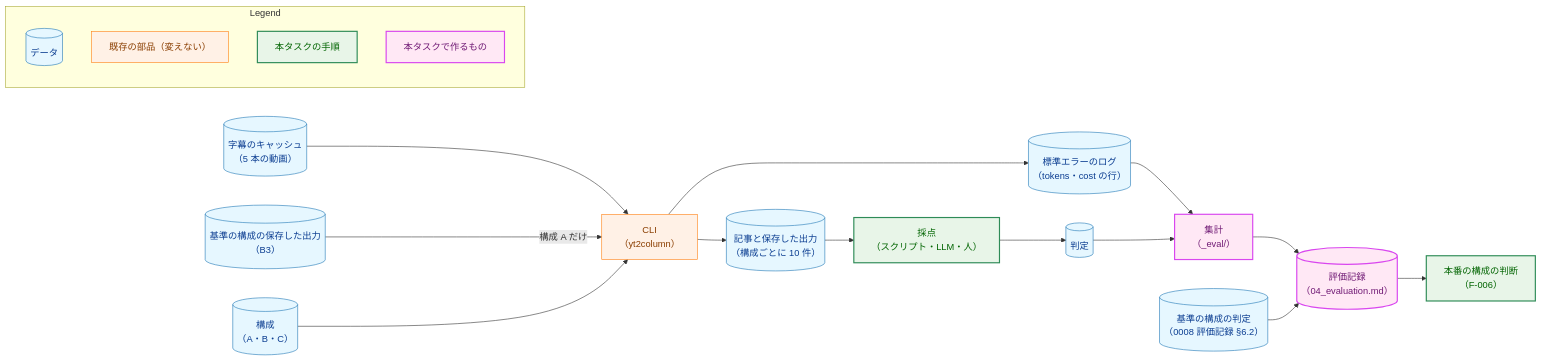
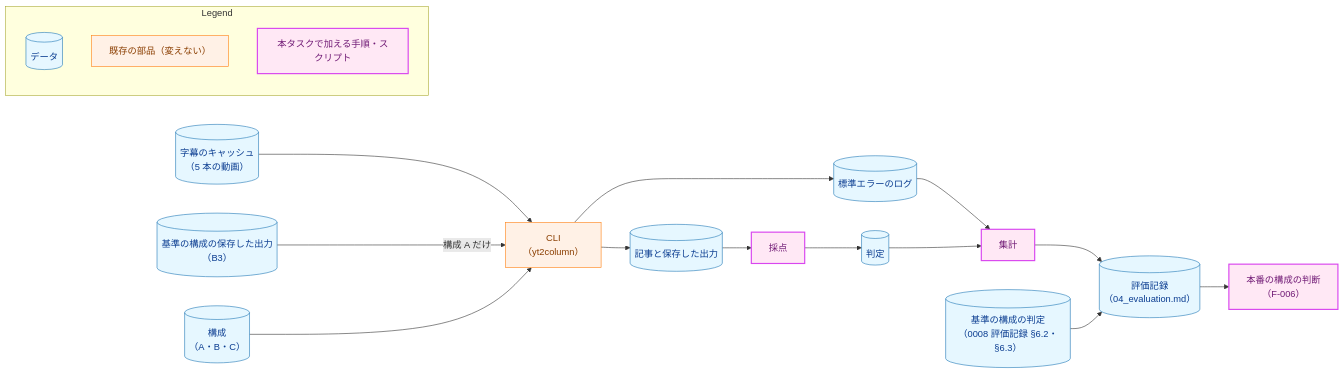
The first of 6 diagrams in docs/tasks/0087_openai_combination_eval/02_architecture.md (isseis/yt2column), drawn with Mermaid before and after one commit. The commit also changed other lines of this file, not shown here.

First line of the commit message:
docs(0087): address the architecture review and the prose pass

````diff
--- a/docs/tasks/0087_openai_combination_eval/02_architecture.md
+++ b/docs/tasks/0087_openai_combination_eval/02_architecture.md
@@ -43,49 +48,45 @@
 ```mermaid
 flowchart LR
     classDef data fill:#e6f7ff,stroke:#1f77b4,stroke-width:1px,color:#0b3d91;
     classDef process fill:#fff1e6,stroke:#ff7f0e,stroke-width:1px,color:#8a3e00;
-    classDef enhanced fill:#e8f5e8,stroke:#2e8b57,stroke-width:2px,color:#006400;
     classDef newpkg fill:#ffe8f5,stroke:#d946ef,stroke-width:2px,color:#701a75;
 
     CACHE[("字幕のキャッシュ<br>（5 本の動画）")]
     B3[("基準の構成の保存した出力<br>（B3）")]
-    B3J[("基準の構成の判定<br>（0008 評価記録 §6.2）")]
+    B3J[("基準の構成の判定<br>（0008 評価記録 §6.2・§6.3）")]
     CFG[("構成<br>（A・B・C）")]
     CLI["CLI<br>（yt2column）"]
-    ART[("記事と保存した出力<br>（構成ごとに 10 件）")]
-    LOG[("標準エラーのログ<br>（tokens・cost の行）")]
-    SCORE["採点<br>（スクリプト・LLM・人）"]
+    ART[("記事と保存した出力")]
+    LOG[("標準エラーのログ")]
+    SCORE["採点"]
     JUDGE[("判定")]
-    AGG["集計<br>（_eval/）"]
+    AGG["集計"]
     REC[("評価記録<br>（04_evaluation.md）")]
     DEC["本番の構成の判断<br>（F-006）"]
 
     CACHE --> CLI
     B3 -->|"構成 A だけ"| CLI
     CFG --> CLI
     CLI --> ART
     CLI --> LOG
     ART --> SCORE
     SCORE --> JUDGE
     LOG --> AGG
     JUDGE --> AGG
     AGG --> REC
     B3J --> REC
     REC --> DEC
 
-    class CACHE,B3,B3J,CFG,ART,LOG,JUDGE data
+    class CACHE,B3,B3J,CFG,ART,LOG,JUDGE,REC data
     class CLI process
-    class SCORE,DEC enhanced
-    class AGG,REC newpkg
+    class SCORE,AGG,DEC newpkg
 
     subgraph Legend["Legend"]
         L1[("データ")]
         L2["既存の部品（変えない）"]
-        L3["本タスクの手順"]
-        L4["本タスクで作るもの"]
+        L3["本タスクで加える手順・スクリプト"]
     end
     class L1 data
     class L2 process
-    class L3 enhanced
-    class L4 newpkg
+    class L3 newpkg
 ```
````
